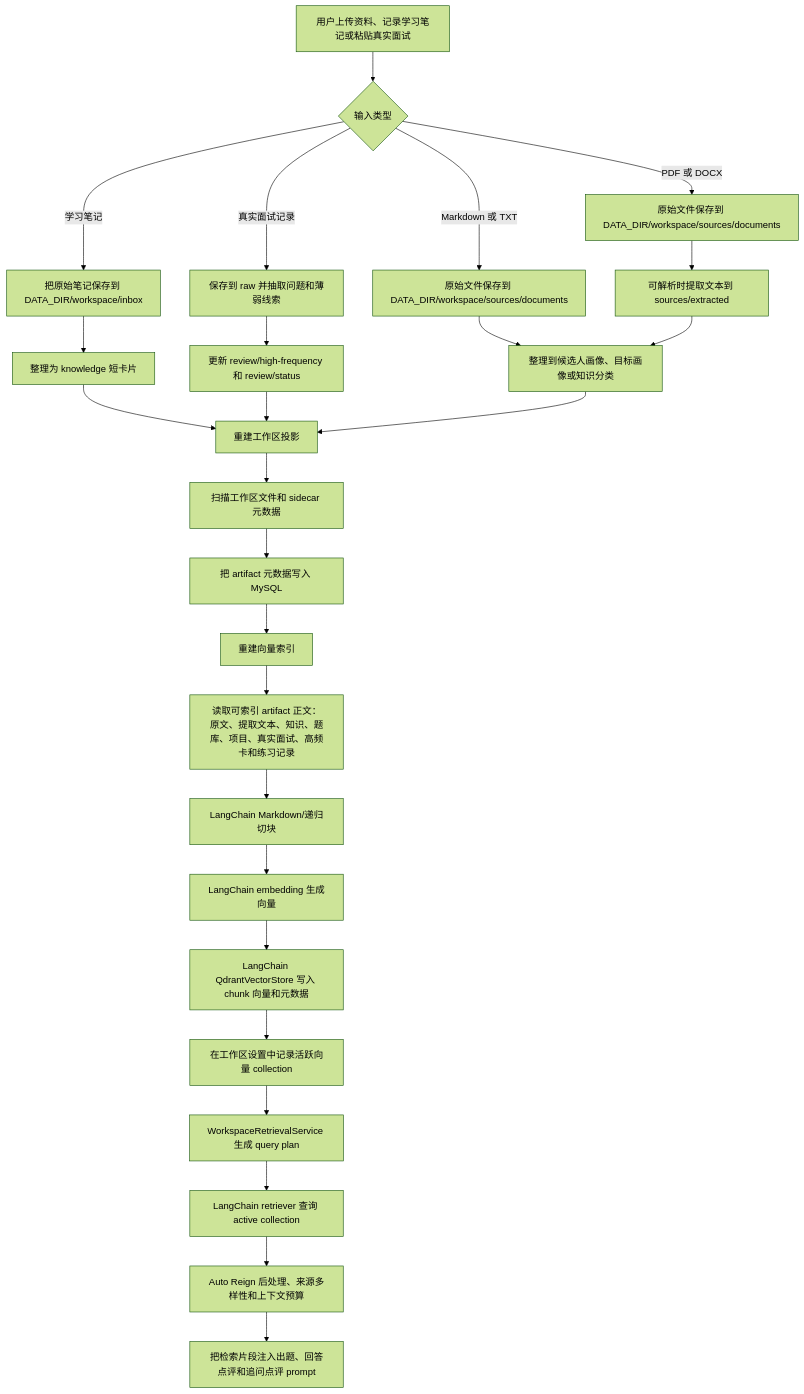
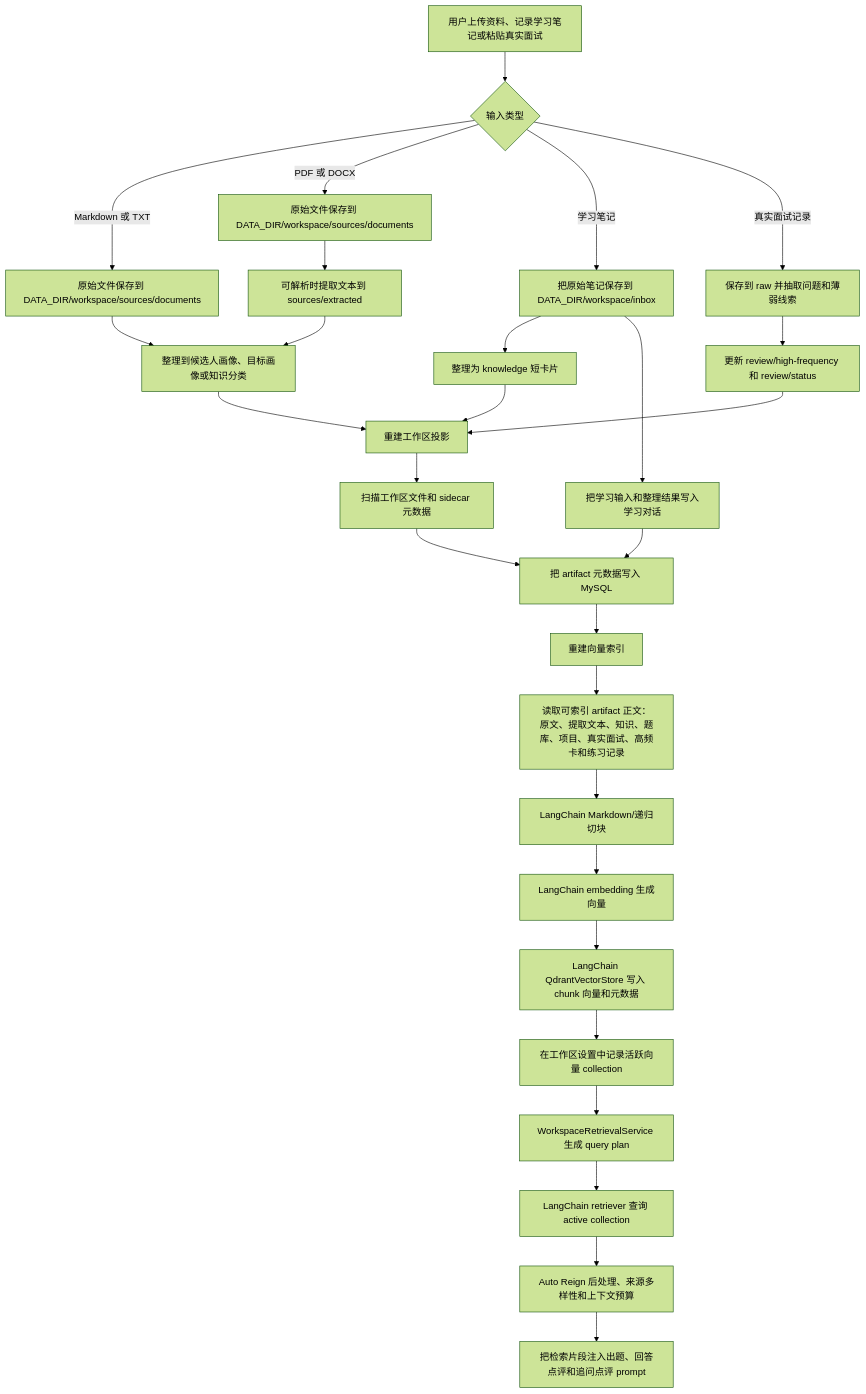
Before and after one commit to wxcfox/auto-reign: the diagram in docs/knowledge-data-flow.md, drawn with Mermaid (forest theme). The commit also changed other lines of this file and 32 other files, not shown here.

````diff
--- a/docs/knowledge-data-flow.md
+++ b/docs/knowledge-data-flow.md
@@ -5,28 +5,30 @@
 ```mermaid
 flowchart TD
   A["用户上传资料、记录学习笔记或粘贴真实面试"] --> B{"输入类型"}
   B -->|Markdown 或 TXT| C["原始文件保存到 DATA_DIR/workspace/sources/documents"]
   B -->|PDF 或 DOCX| D["原始文件保存到 DATA_DIR/workspace/sources/documents"]
   D --> E["可解析时提取文本到 sources/extracted"]
   B -->|学习笔记| F["把原始笔记保存到 DATA_DIR/workspace/inbox"]
   B -->|真实面试记录| V["保存到 raw 并抽取问题和薄弱线索"]
   F --> G["整理为 knowledge 短卡片"]
   V --> W["更新 review/high-frequency 和 review/status"]
   C --> H["整理到候选人画像、目标画像或知识分类"]
   E --> H
   G --> I["重建工作区投影"]
   W --> I
   H --> I
   I --> J["扫描工作区文件和 sidecar 元数据"]
   J --> K["把 artifact 元数据写入 MySQL"]
+  F --> Y["把学习输入和整理结果写入学习对话"]
+  Y --> K
   K --> L["重建向量索引"]
   L --> M["读取可索引 artifact 正文：原文、提取文本、知识、题库、项目、真实面试、高频卡和练习记录"]
   M --> N["LangChain Markdown/递归切块"]
   N --> O["LangChain embedding 生成向量"]
   O --> P["LangChain QdrantVectorStore 写入 chunk 向量和元数据"]
   P --> Q["在工作区设置中记录活跃向量 collection"]
   Q --> R["WorkspaceRetrievalService 生成 query plan"]
   R --> S["LangChain retriever 查询 active collection"]
   S --> T["Auto Reign 后处理、来源多样性和上下文预算"]
   T --> U["把检索片段注入出题、回答点评和追问点评 prompt"]
 ```
````
